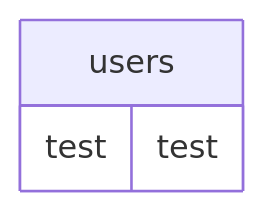
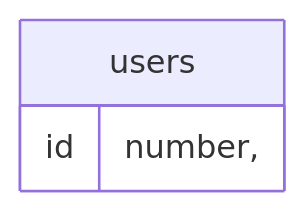
Before and after one commit to YutaroMatsumoto/knove: the diagram in be/README.md, drawn with Mermaid.

````diff
--- a/be/README.md
+++ b/be/README.md
@@ -108,11 +108,12 @@
 ```mermaid
 erDiagram
 
 users
 
 users {
-  test test
+  id number,
+  
 }
 
 
 ```
````
